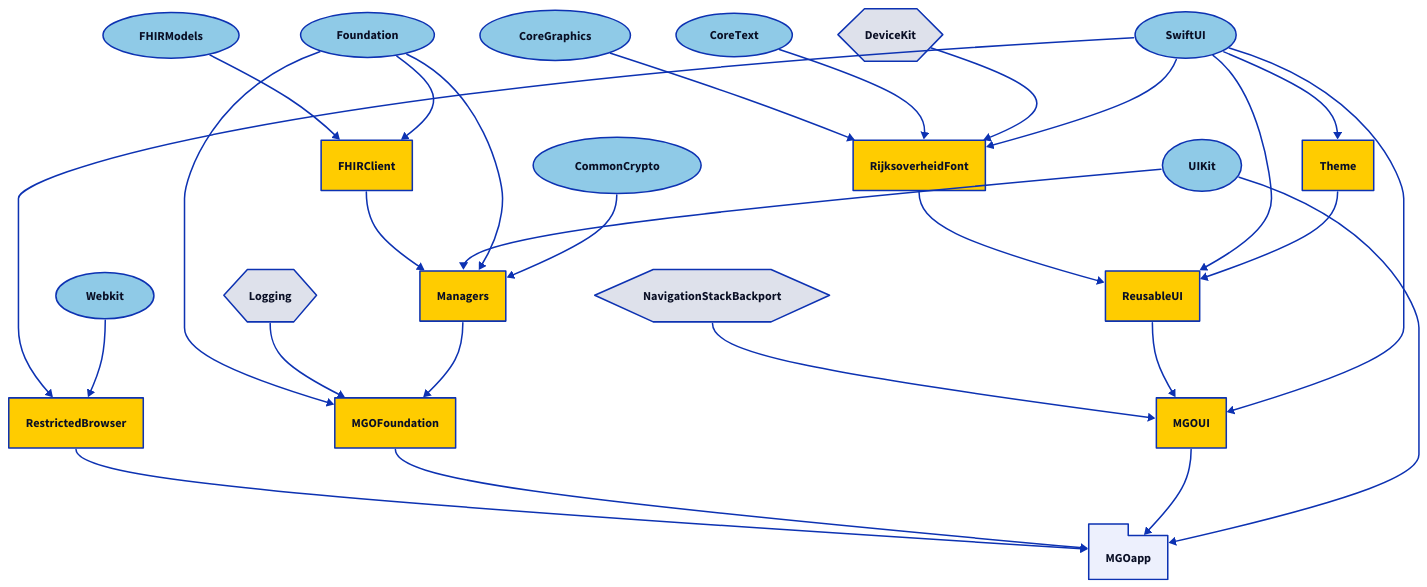
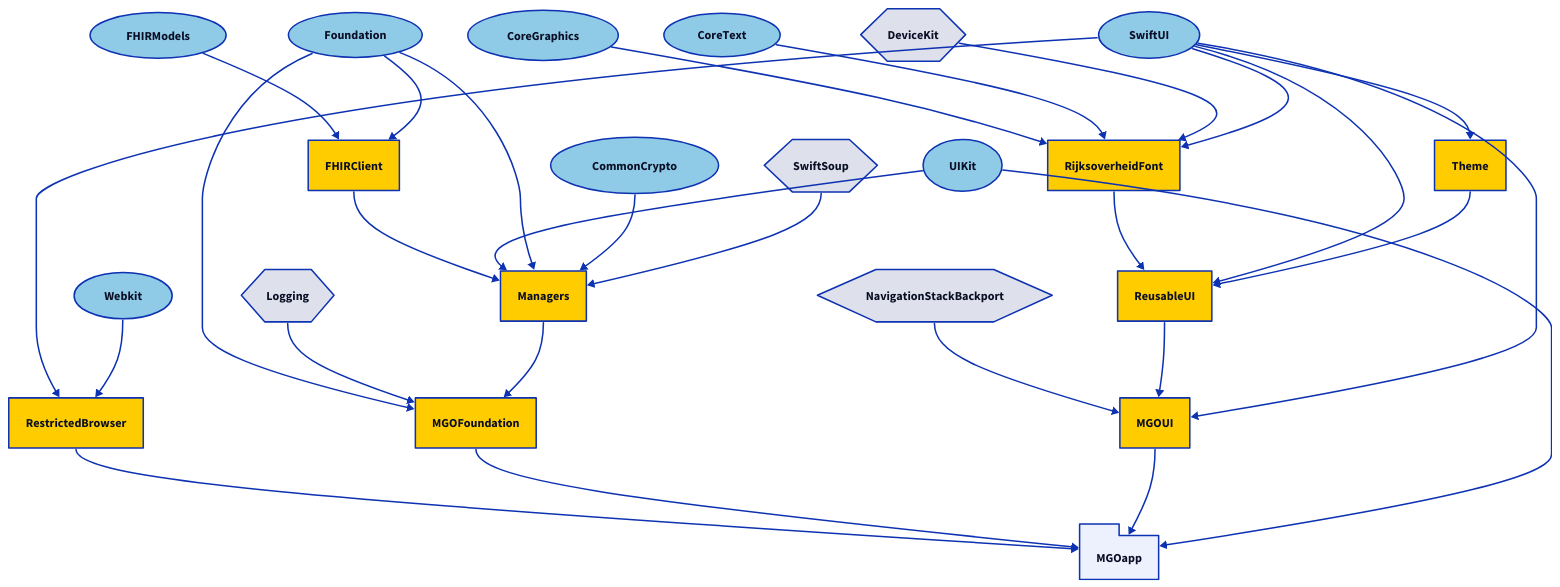
The diagram in Diagrams/packages-withouttests.d2 (minvws/nl-mgo-app-ios), drawn with D2 before and after one commit. The commit also changed 6 other files, not shown here.

```diff
--- a/Diagrams/packages-withouttests.d2
+++ b/Diagrams/packages-withouttests.d2
@@ -1,97 +1,101 @@
 direction: down
 
 # Apple
 UIKit: {
   shape: oval
   style.fill: "#8FCAE7"
 }
 SwiftUI: {
   shape: oval
   style.fill: "#8FCAE7"
 }
 Webkit: {
   shape: oval
   style.fill: "#8FCAE7"
 }
 Foundation: {
   shape: oval
   style.fill: "#8FCAE7"
 }
 CommonCrypto: {
   shape: oval
   style.fill: "#8FCAE7"
 }
 CoreGraphics: {
   shape: oval
   style.fill: "#8FCAE7"
 }
 CoreText: {
   shape: oval
   style.fill: "#8FCAE7"
 }
 FHIRModels: {
   shape: oval
   style.fill: "#8FCAE7"
 }
 
 # Third-Party
 NavigationStackBackport: {
   shape: hexagon
 }
 Logging: {
   shape: hexagon
 }
 DeviceKit: {
   shape: hexagon
 }
+SwiftSoup: {
+  shape: hexagon
+}
 
 # The application
 
 MGOapp: {
   shape: package
 }
 
 MGOapp <- RestrictedBrowser
 MGOapp <- MGOFoundation
 MGOapp <- MGOUI
 MGOapp <- UIKit
 
 # - Packages -
 
 MGOFoundation { style.fill: "#ffcc00" }
 MGOFoundation <- Foundation
 MGOFoundation <- Logging
 MGOFoundation <- Managers
 
 MGOUI { style.fill: "#ffcc00" }
 MGOUI <- NavigationStackBackport
 MGOUI <- ReusableUI
 MGOUI <- SwiftUI
 
 Managers { style.fill: "#ffcc00" }
 Managers <- FHIRClient
 Managers <- UIKit
 Managers <- Foundation
 Managers <- CommonCrypto
+Managers <- SwiftSoup
 
 RijksoverheidFont { style.fill: "#ffcc00" }
 RijksoverheidFont <- CoreGraphics
 RijksoverheidFont <- CoreText
 RijksoverheidFont <- DeviceKit
 RijksoverheidFont <- SwiftUI
 
 ReusableUI { style.fill: "#ffcc00" }
 ReusableUI <- RijksoverheidFont
 ReusableUI <- SwiftUI
 ReusableUI <- Theme
 
 FHIRClient { style.fill: "#ffcc00" }
 FHIRClient <- FHIRModels
 FHIRClient <- Foundation
 
 RestrictedBrowser { style.fill: "#ffcc00" }
 RestrictedBrowser <- SwiftUI
 RestrictedBrowser <- WebKit
 
 Theme { style.fill: "#ffcc00" }
 Theme <- SwiftUI
```
